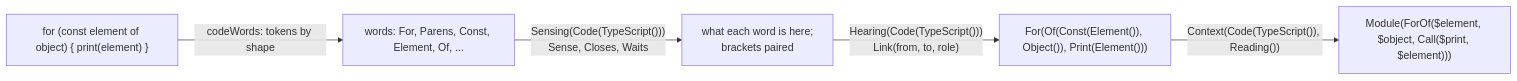
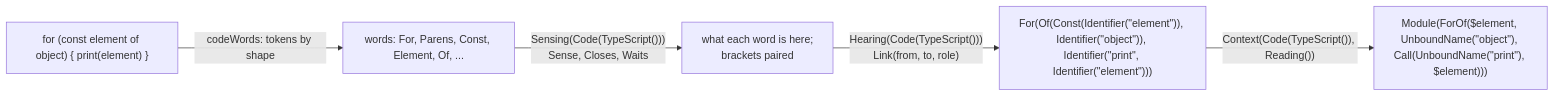
The fourth of 4 diagrams in .agents/planning/2026-09-16-concept-ai-system/design/ir-guide.md (KealJones/napkin), drawn with Mermaid before and after one commit. The commit also changed other lines of this file and 4 other files, not shown here.

````diff
--- a/.agents/planning/2026-09-16-concept-ai-system/design/ir-guide.md
+++ b/.agents/planning/2026-09-16-concept-ai-system/design/ir-guide.md
@@ -503,7 +503,7 @@
 ```mermaid
 flowchart LR
   X["for (const element of object) { print(element) }"] -->|"codeWords: tokens by shape"| W["words: For, Parens, Const, Element, Of, ..."]
   W -->|"Sensing(Code(TypeScript()))<br/>Sense, Closes, Waits"| S["what each word is here;<br/>brackets paired"]
-  S -->|"Hearing(Code(TypeScript()))<br/>Link(from, to, role)"| HE["For(Of(Const(Element()), Object()), Print(Element()))"]
-  HE -->|"Context(Code(TypeScript()), Reading())"| IR["Module(ForOf($element, $object, Call($print, $element)))"]
+  S -->|"Hearing(Code(TypeScript()))<br/>Link(from, to, role)"| HE["For(Of(Const(Identifier(&quot;element&quot;)), Identifier(&quot;object&quot;)), Identifier(&quot;print&quot;, Identifier(&quot;element&quot;)))"]
+  HE -->|"Context(Code(TypeScript()), Reading())"| IR["Module(ForOf($element, UnboundName(&quot;object&quot;), Call(UnboundName(&quot;print&quot;), $element)))"]
 ```
````
